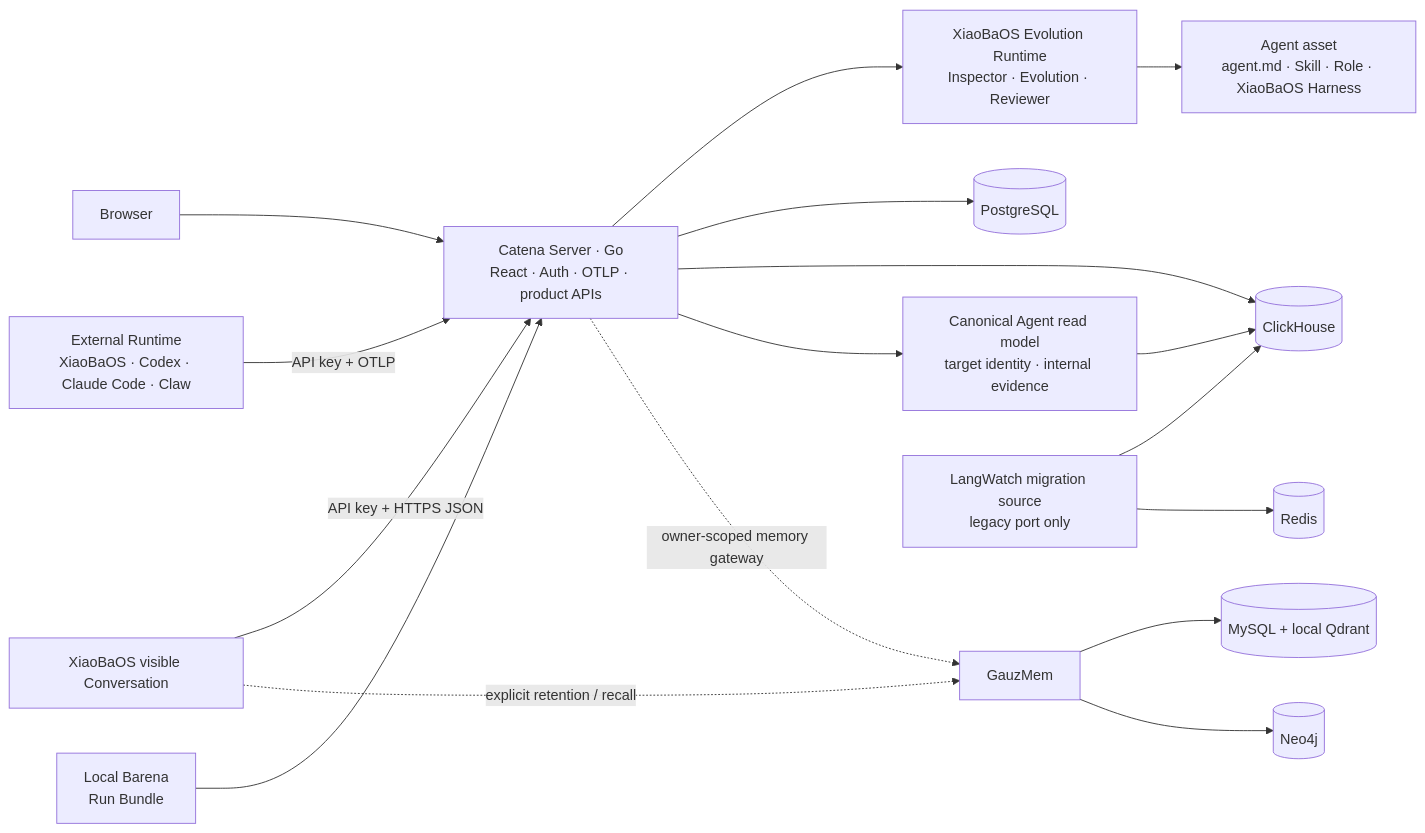
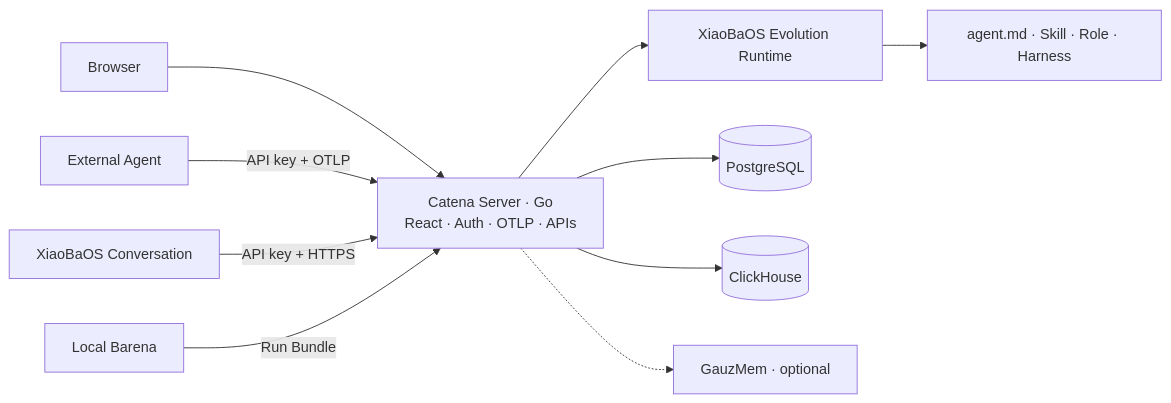
One commit to fightheyyy/CATENA changed the diagram in SPEC.md. Above: the diagram before and after it, drawn with Mermaid. The commit also changed other lines of this file and 8087 other files, not shown here.

Commit message:
Slim repository to Catena product surface

````diff
--- a/SPEC.md
+++ b/SPEC.md
@@ -85,19 +26,12 @@
 ```mermaid
 flowchart LR
-    Browser["Browser"] --> Go["Catena Server · Go<br/>React · Auth · OTLP · product APIs"]
-    Runtime["External Runtime<br/>XiaoBaOS · Codex · Claude Code · Claw"] -- "API key + OTLP" --> Go
-    Conversation["XiaoBaOS visible Conversation"] -- "API key + HTTPS JSON" --> Go
-    Barena["Local Barena<br/>Run Bundle"] --> Go
-    Go --> Runner["XiaoBaOS Evolution Runtime<br/>Inspector · Evolution · Reviewer"]
-    Runner --> Asset["Agent asset<br/>agent.md · Skill · Role · XiaoBaOS Harness"]
+    Browser["Browser"] --> Go["Catena Server · Go<br/>React · Auth · OTLP · APIs"]
+    Runtime["External Agent"] -->|"API key + OTLP"| Go
+    Conversation["XiaoBaOS Conversation"] -->|"API key + HTTPS"| Go
+    Barena["Local Barena"] -->|"Run Bundle"| Go
+    Go --> Runner["XiaoBaOS Evolution Runtime"]
+    Runner --> Asset["agent.md · Skill · Role · Harness"]
     Go --> PG[("PostgreSQL")]
     Go --> CH[("ClickHouse")]
-    Go --> Identity["Canonical Agent read model<br/>target identity · internal evidence"]
-    Identity --> CH
-    Conversation -. "explicit retention / recall" .-> Memory["GauzMem"]
-    Go -. "owner-scoped memory gateway" .-> Memory
-    Memory --> MemorySQL[("MySQL + local Qdrant")]
-    Memory --> Graph[("Neo4j")]
-    Legacy["LangWatch migration source<br/>legacy port only"] --> CH
-    Legacy --> Redis[("Redis")]
+    Go -.-> Memory["GauzMem · optional"]
 ```
````
